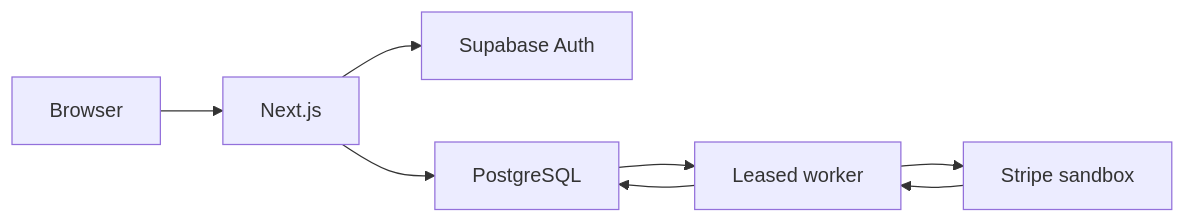
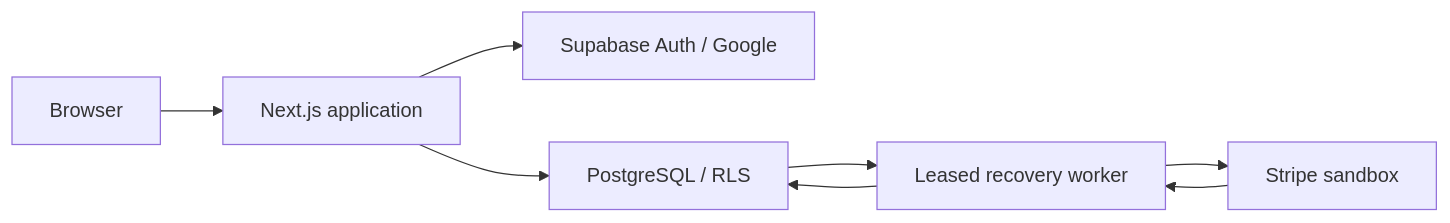
Before and after one commit to S-Adnan-11/palmsteeze: the diagram in README.md, drawn with Mermaid. The commit also changed other lines of this file and 40 other files, not shown here.

````diff
--- a/README.md
+++ b/README.md
@@ -22,10 +56,10 @@
 ```mermaid
 flowchart LR
-  B[Browser] --> N[Next.js]
-  N --> A[Supabase Auth]
-  N --> D[PostgreSQL]
-  D --> W[Leased worker]
+  B[Browser] --> N[Next.js application]
+  N --> A[Supabase Auth / Google]
+  N --> D[PostgreSQL / RLS]
+  D --> W[Leased recovery worker]
   W --> S[Stripe sandbox]
   S --> W
   W --> D
 ```
````
